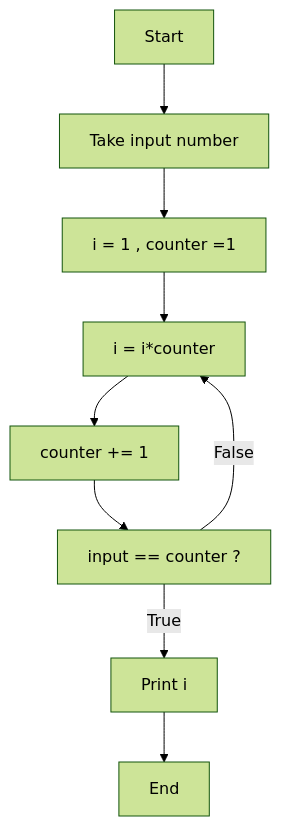
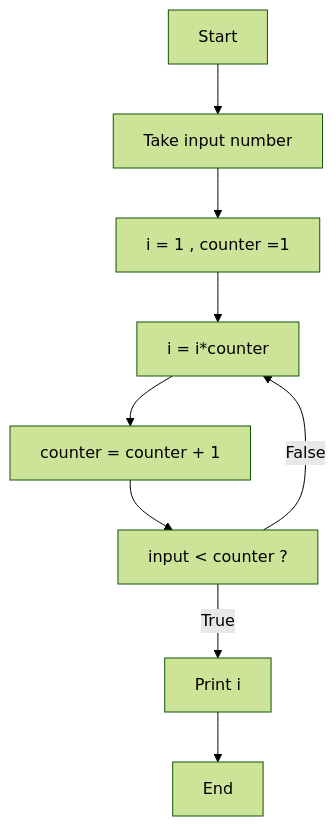
Before and after one commit to SK2iP/Workshop-Basic-CPP: the diagram in 1-Flowcharts/2-Factoriel.md, drawn with Mermaid (forest theme). The commit also changed 2 other files, not shown here.

Commit message:
First commit in class

````diff
--- a/1-Flowcharts/2-Factoriel.md
+++ b/1-Flowcharts/2-Factoriel.md
@@ -1,11 +1,11 @@
 ```mermaid
 graph TD
     A[Start] --> B[Take input number]
     B --> C[i = 1 , counter =1]
     C --> D[i = i*counter]
-    D --> F[counter += 1]
-    F --> G[input == counter ?]
-    G -->|True| L[Print i]
+    D --> F[counter = counter + 1]
+    F --> G[input < counter ?]
+    G --> |True| L[Print i]
     G --> |False| D
     L --> J[End]
 ```
````
